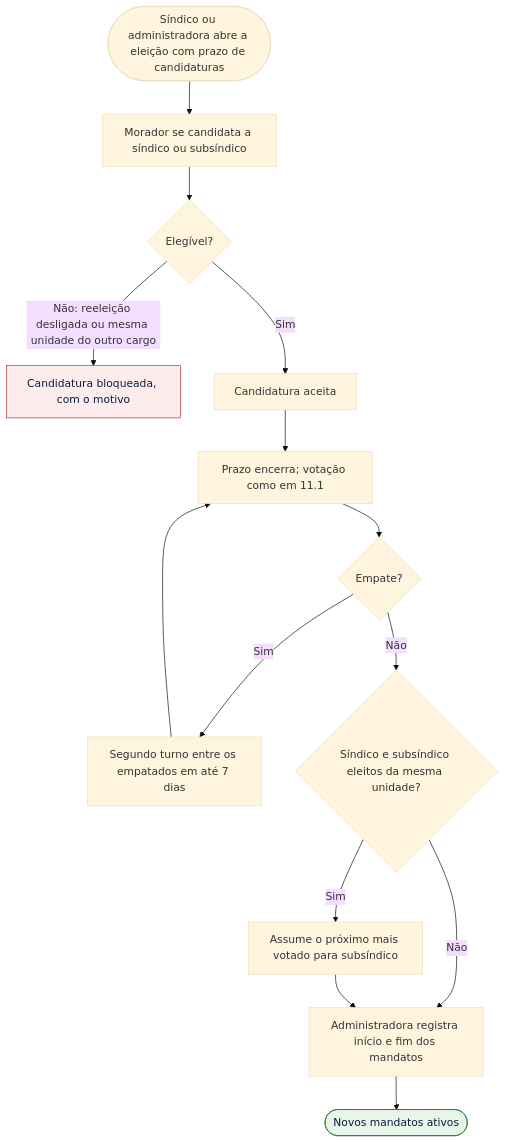
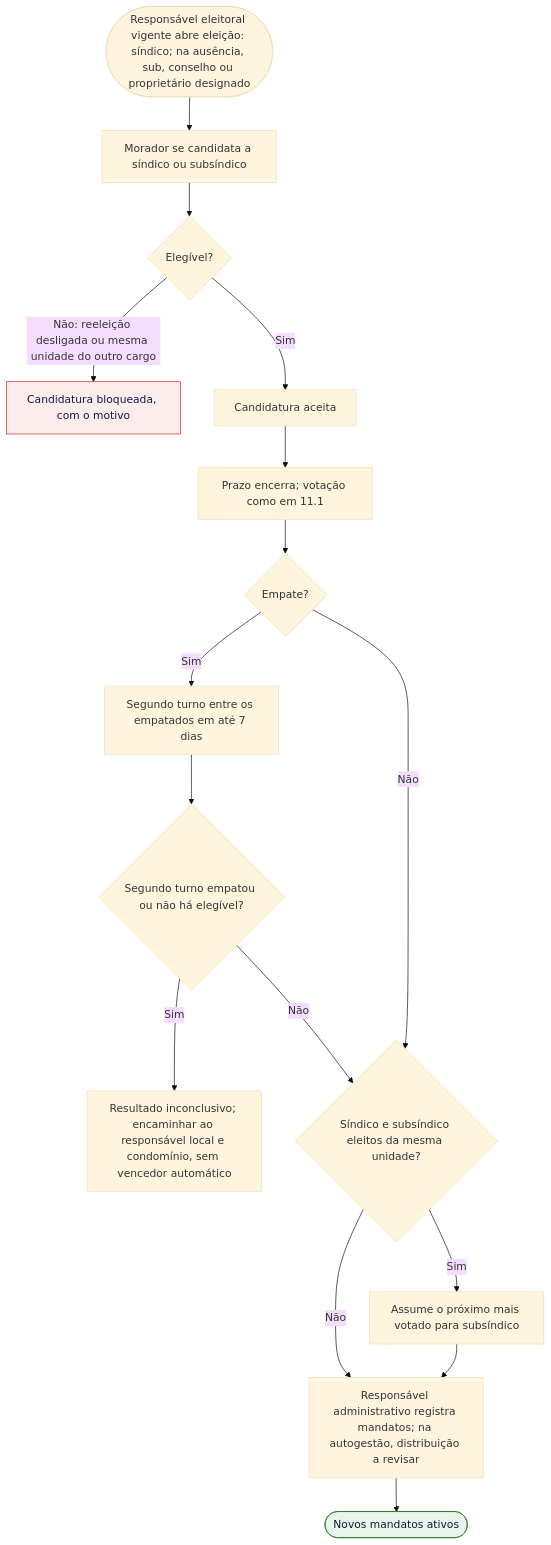
Diagram 25 of 31 in docs/02-design/02-user-flows.md (pedrolems/CondomiFacil), drawn with Mermaid (base theme) before and after one commit. The commit also changed other lines of this file and 8 other files, not shown here.

Commit message:
docs: consolidar regras, autogestão e condução eleitoral

````diff
--- a/docs/02-design/02-user-flows.md
+++ b/docs/02-design/02-user-flows.md
@@ -1131,20 +1145,22 @@
 ```mermaid
 flowchart TD
-    A(["Síndico ou administradora abre a eleição com prazo de candidaturas"]) --> B["Morador se candidata a síndico ou subsíndico"]
+    A(["Responsável eleitoral vigente abre eleição: síndico; na ausência, sub, conselho ou proprietário designado"]) --> B["Morador se candidata a síndico ou subsíndico"]
     B --> C{"Elegível?"}
     C -->|"Não: reeleição desligada ou mesma unidade do outro cargo"| E1["Candidatura bloqueada, com o motivo"]
     C -->|"Sim"| D["Candidatura aceita"]
     D --> F["Prazo encerra; votação como em 11.1"]
     F --> G{"Empate?"}
     G -->|"Sim"| H["Segundo turno entre os empatados em até 7 dias"]
-    H --> F
+    H --> H1{"Segundo turno empatou ou não há elegível?"}
+    H1 -->|"Sim"| INC["Resultado inconclusivo; encaminhar ao responsável local e condomínio, sem vencedor automático"]
+    H1 -->|"Não"| I
     G -->|"Não"| I{"Síndico e subsíndico eleitos da mesma unidade?"}
     I -->|"Sim"| J["Assume o próximo mais votado para subsíndico"]
     I -->|"Não"| K
-    J --> K["Administradora registra início e fim dos mandatos"]
+    J --> K["Responsável administrativo registra mandatos; na autogestão, distribuição a revisar"]
     K --> Z(["Novos mandatos ativos"])
     classDef ok fill:#E8F5E9,stroke:#2E7D32,color:#0B1A44
     classDef erro fill:#FDECEC,stroke:#C62828,color:#0B1A44
     class Z ok
     class E1 erro
 ```
````
